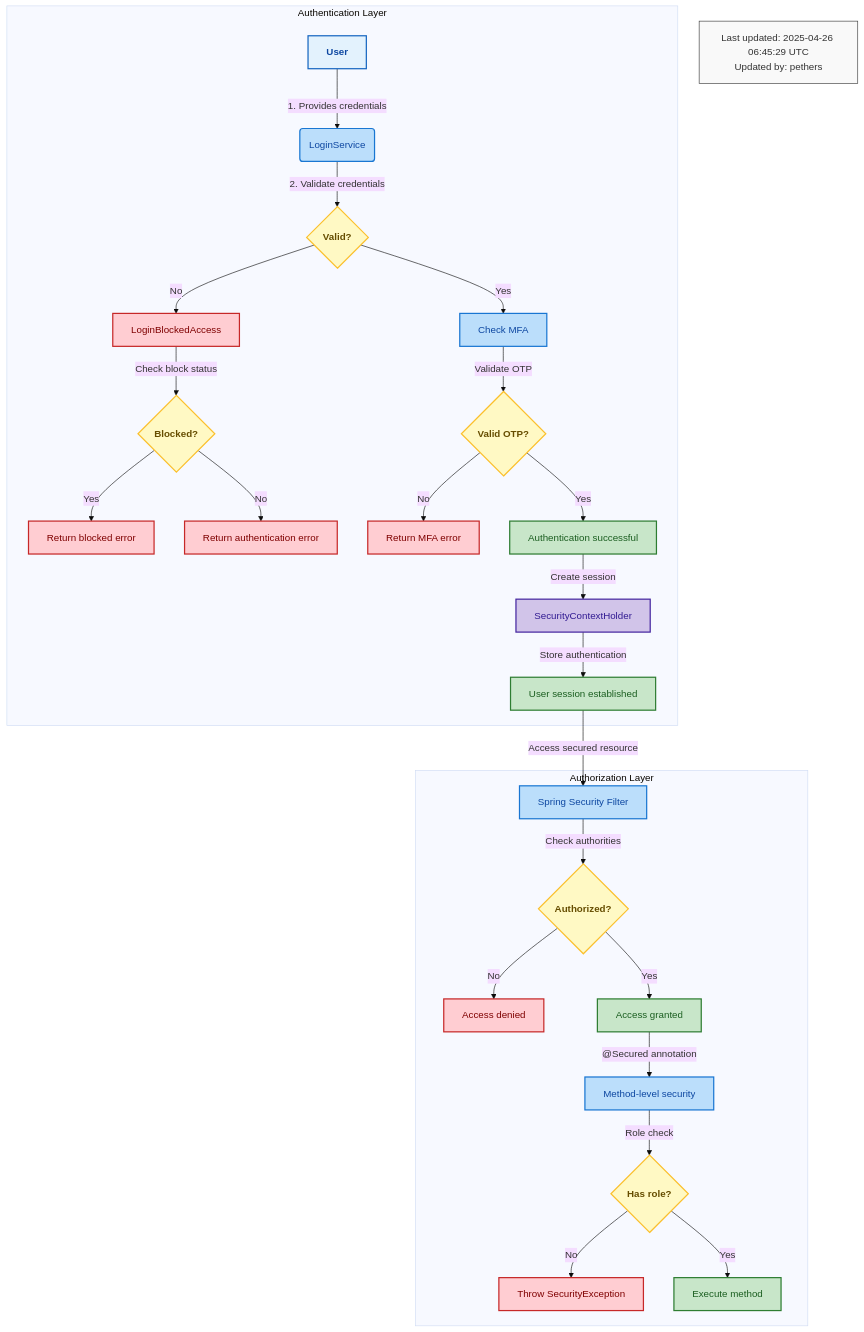
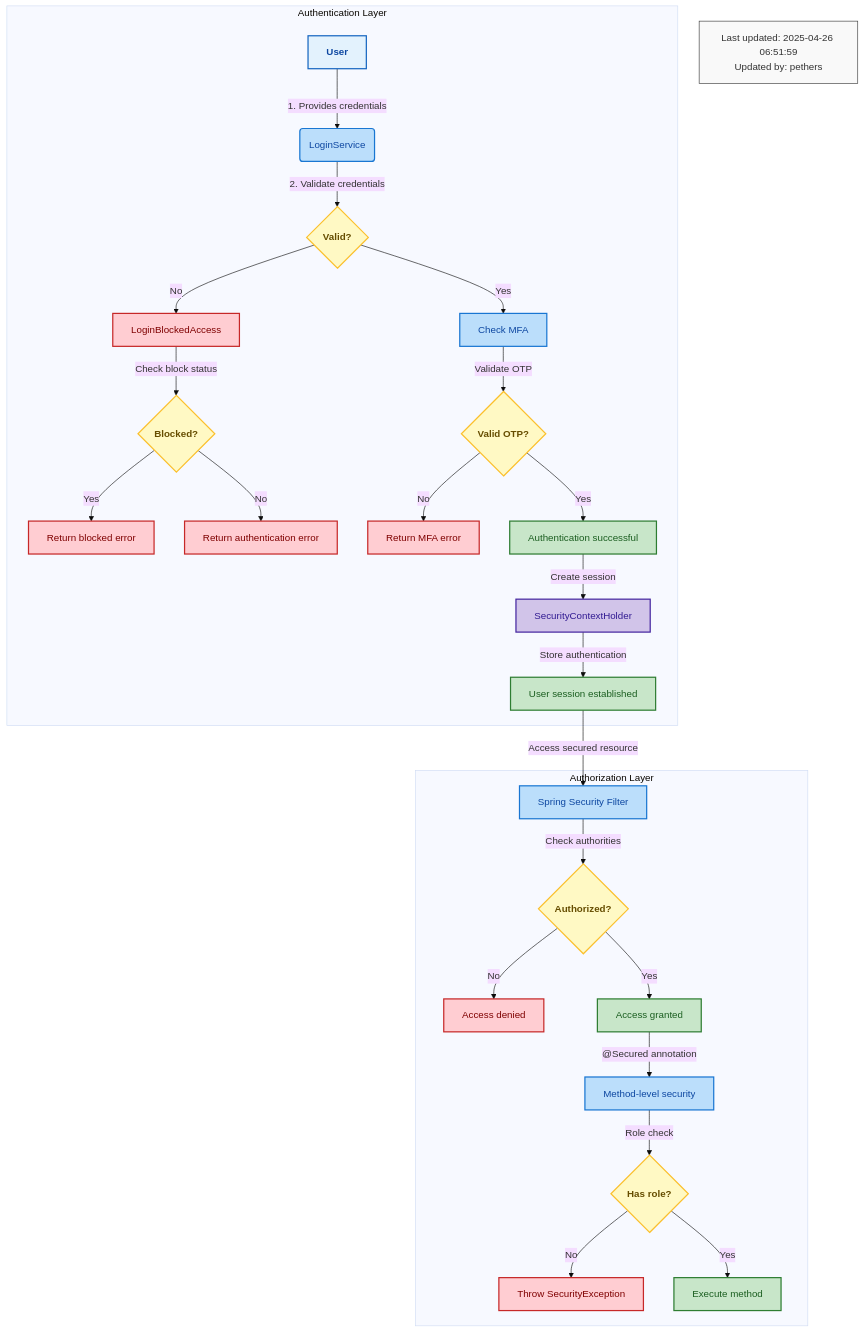
The first of 12 diagrams in SECURITY_ARCHITECTURE.md (Hack23/cia), drawn with Mermaid (base theme) before and after one commit. The commit also changed other lines of this file, not shown here.

````diff
--- a/SECURITY_ARCHITECTURE.md
+++ b/SECURITY_ARCHITECTURE.md
@@ -18,54 +22,54 @@
 ```mermaid
 flowchart TD
     %% Title and metadata
     classDef titleClass fill:#f9f9f9,stroke:#333,stroke-width:1px
     class title titleClass
     
     %% Node styling classes
     classDef userNode fill:#e3f2fd,stroke:#1565c0,stroke-width:2px,color:#0d47a1,font-weight:bold
     classDef serviceNode fill:#bbdefb,stroke:#1976d2,stroke-width:2px,color:#0d47a1
     classDef decisionNode fill:#fff9c4,stroke:#fbc02d,stroke-width:2px,color:#664d00,font-weight:bold
     classDef successNode fill:#c8e6c9,stroke:#2e7d32,stroke-width:2px,color:#1b5e20
     classDef errorNode fill:#ffcdd2,stroke:#c62828,stroke-width:2px,color:#7f0000
     classDef securityNode fill:#d1c4e9,stroke:#4527a0,stroke-width:2px,color:#311b92
     
     subgraph "Authentication Layer"
         A[User] -->|1. Provides credentials| B(LoginService)
         B -->|2. Validate credentials| C{Valid?}
         C -->|No| D[LoginBlockedAccess]
         D -->|Check block status| E{Blocked?}
         E -->|Yes| F[Return blocked error]
         E -->|No| G[Return authentication error]
         C -->|Yes| H[Check MFA]
         H -->|Validate OTP| I{Valid OTP?}
         I -->|No| J[Return MFA error]
         I -->|Yes| K[Authentication successful]
         
         K -->|Create session| L[SecurityContextHolder]
         L -->|Store authentication| M[User session established]
     end
 
     subgraph "Authorization Layer"
         M -->|Access secured resource| N[Spring Security Filter]
         N -->|Check authorities| O{Authorized?}
         O -->|No| P[Access denied]
         O -->|Yes| Q[Access granted]
         
         Q -->|"@Secured annotation"| R[Method-level security]
         R -->|Role check| S{Has role?}
         S -->|No| T[Throw SecurityException]
         S -->|Yes| U[Execute method]
     end
     
     %% Add metadata note
-    note["Last updated: 2025-04-26 06:45:29 UTC<br>Updated by: pethers"]
+    note["Last updated: 2025-04-26 06:51:59<br>Updated by: pethers"]
     
     %% Apply styling classes
     class A userNode
     class B,H,N,R serviceNode
     class C,E,I,O,S decisionNode
     class K,M,Q,U successNode
     class D,F,G,J,P,T errorNode
     class L securityNode
     class note titleClass
 ```
````
